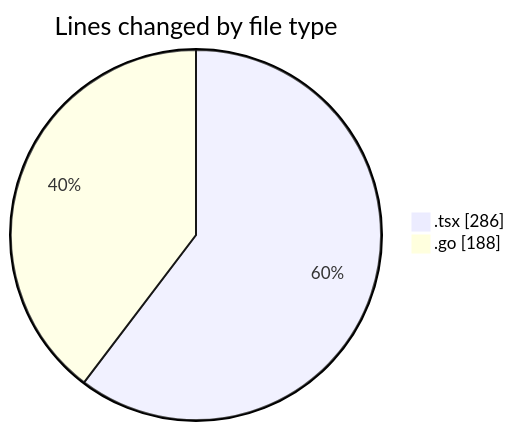
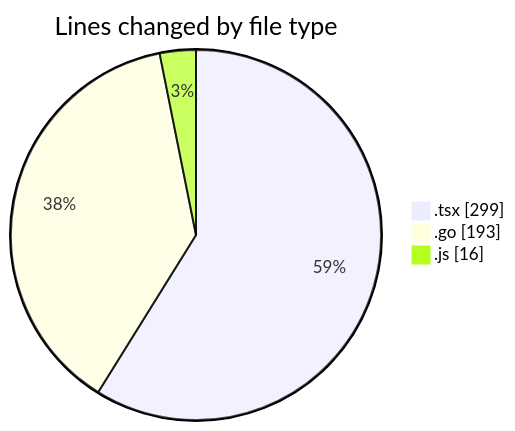
The first of 2 diagrams in 2025-03-04/termonied_testador/README.md (robertbonfada/code-tracking), drawn with Mermaid before and after one commit. The commit also changed other lines of this file and 1 other file, not shown here.

````diff
--- a/2025-03-04/termonied_testador/README.md
+++ b/2025-03-04/termonied_testador/README.md
@@ -23,6 +24,7 @@
 ```mermaid
 pie showData
 title Lines changed by file type
-".tsx" : 286
-".go" : 188
+".tsx" : 299
+".go" : 193
+".js" : 16
 ```
````
